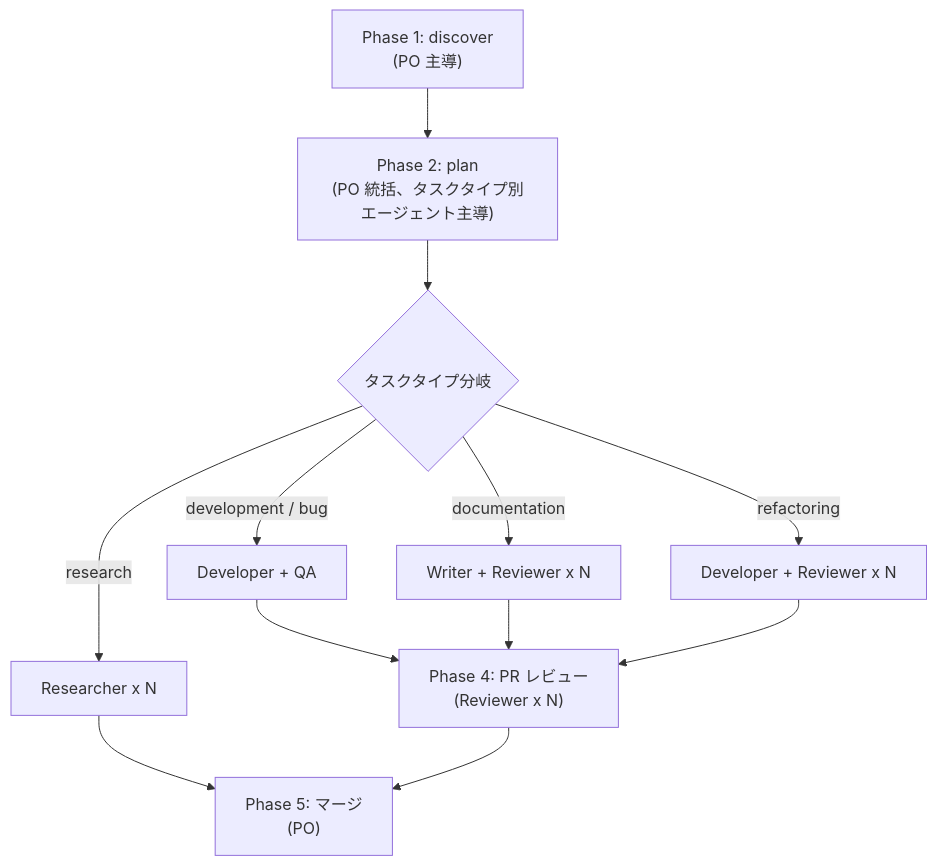
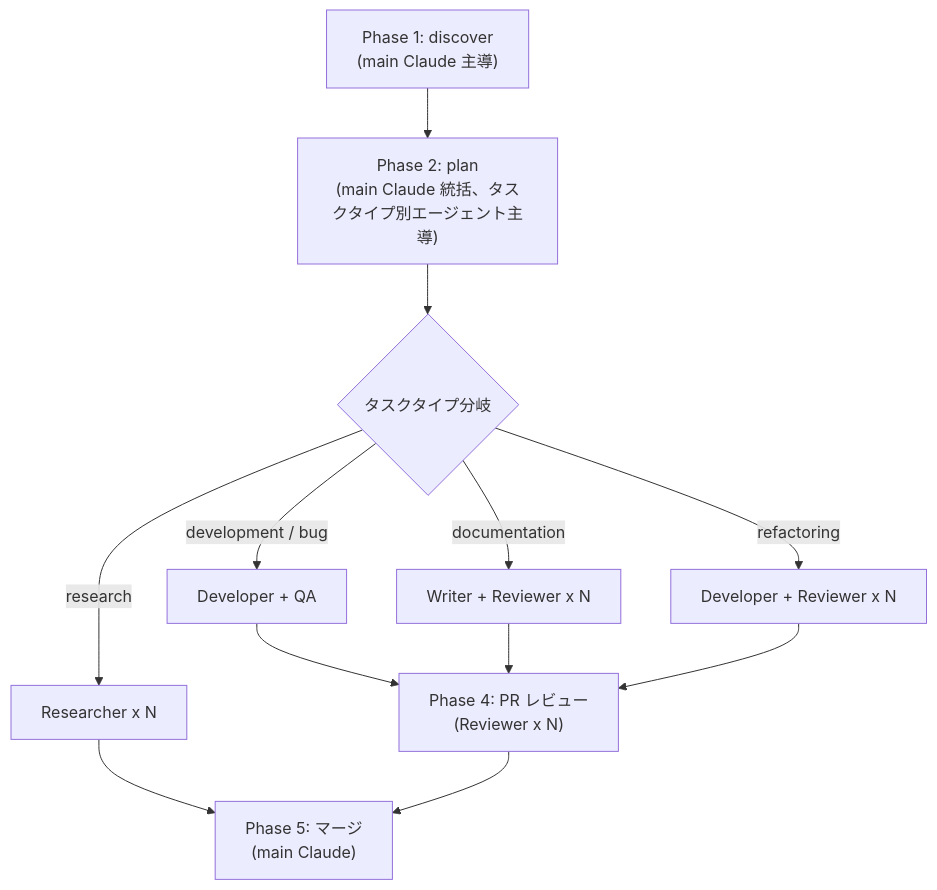
The second of 2 diagrams in README.ja.md (o3-ozono/atdd-kit), drawn with Mermaid before and after one commit. The commit also changed other lines of this file and 17 other files, not shown here.

First line of the commit message:
refactor: remove po.md — main Claude directly fulfills PO role (#45) (#62)

````diff
--- a/README.ja.md
+++ b/README.ja.md
@@ -123,14 +123,14 @@
 ```mermaid
 flowchart TD
-  P1["Phase 1: discover\n(PO 主導)"] --> P2["Phase 2: plan\n(PO 統括、タスクタイプ別エージェント主導)"]
+  P1["Phase 1: discover\n(main Claude 主導)"] --> P2["Phase 2: plan\n(main Claude 統括、タスクタイプ別エージェント主導)"]
   P2 --> P3{"タスクタイプ分岐"}
   P3 -->|development / bug| P3a["Developer + QA"]
   P3 -->|research| P3b["Researcher x N"]
   P3 -->|documentation| P3c["Writer + Reviewer x N"]
   P3 -->|refactoring| P3d["Developer + Reviewer x N"]
   P3a --> P4["Phase 4: PR レビュー\n(Reviewer x N)"]
-  P3b --> P5["Phase 5: マージ\n(PO)"]
+  P3b --> P5["Phase 5: マージ\n(main Claude)"]
   P3c --> P4
   P3d --> P4
   P4 --> P5
 ```
````
